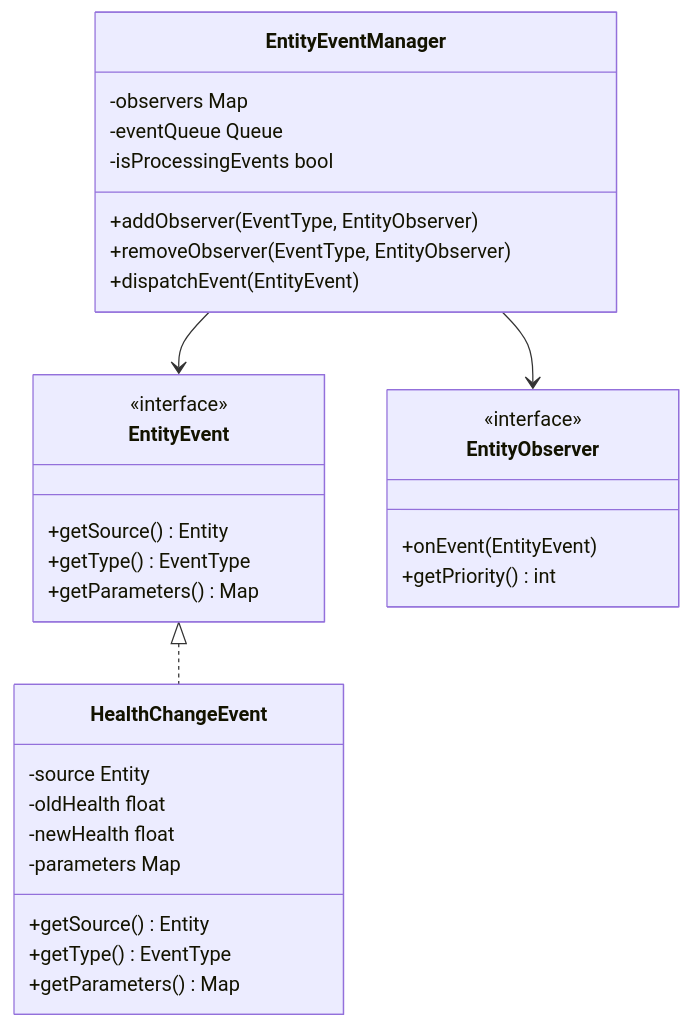
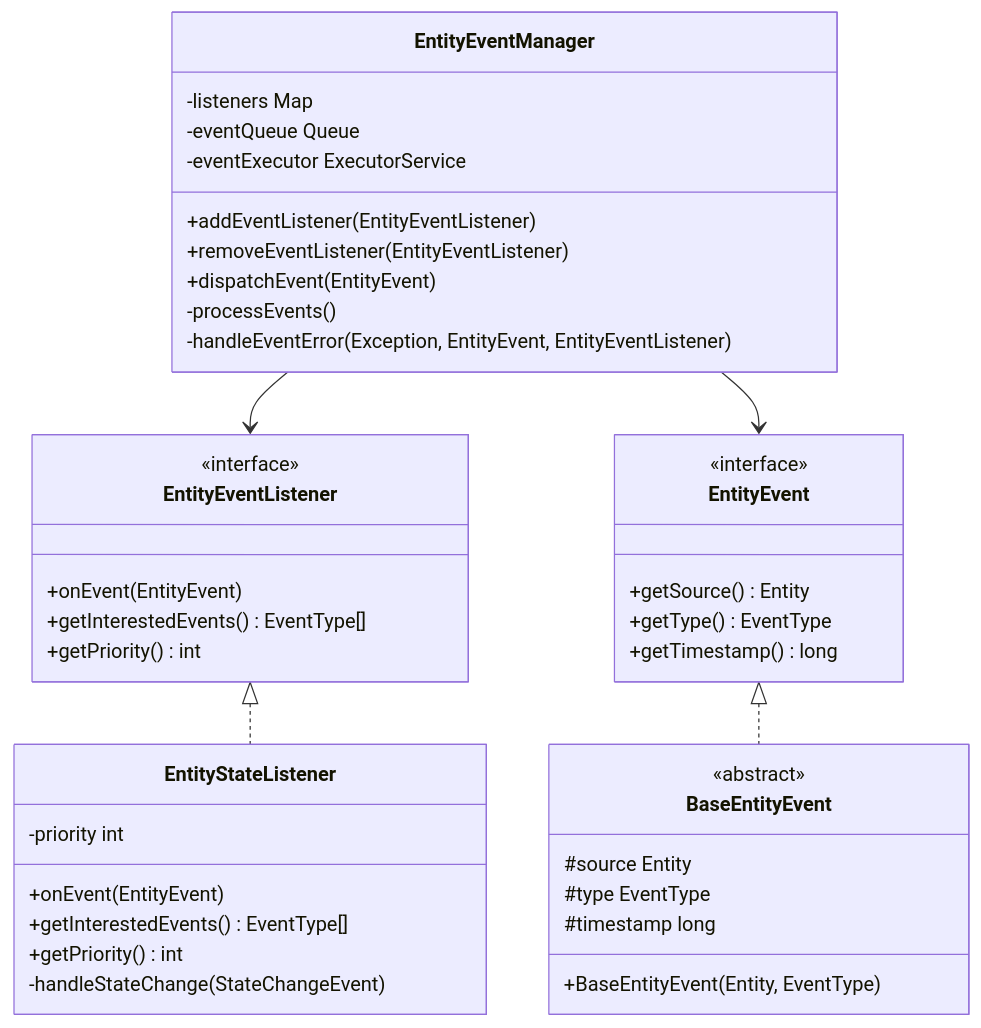
Before and after one commit to usersx/Software-Design-Patterns: the sixth of 13 diagrams in 重构模式.md, drawn with Mermaid. The commit also changed other lines of this file and 4 other files, not shown here.

````diff
--- a/重构模式.md
+++ b/重构模式.md
@@ -1062,41 +1450,51 @@
 ```mermaid
 classDiagram
-    %% 接口
+    %% 接口和事件
     class EntityEvent {
         <<interface>>
         +getSource() Entity
         +getType() EventType
-        +getParameters() Map
+        +getTimestamp() long
     }
-
-    class EntityObserver {
+    
+    class BaseEntityEvent {
+        <<abstract>>
+        #source Entity
+        #type EventType
+        #timestamp long
+        +BaseEntityEvent(Entity, EventType)
+    }
+    
+    class EntityEventListener {
         <<interface>>
         +onEvent(EntityEvent)
+        +getInterestedEvents() EventType[]
         +getPriority() int
     }
-
-    %% 实现类
-    class HealthChangeEvent {
-        -source Entity
-        -oldHealth float
-        -newHealth float
-        -parameters Map
-        +getSource() Entity
-        +getType() EventType
-        +getParameters() Map
+    
+    %% 具体实现
+    class EntityStateListener {
+        -priority int
+        +onEvent(EntityEvent)
+        +getInterestedEvents() EventType[]
+        +getPriority() int
+        -handleStateChange(StateChangeEvent)
     }
-
+    
     class EntityEventManager {
-        -observers Map
+        -listeners Map
         -eventQueue Queue
-        -isProcessingEvents bool
-        +addObserver(EventType, EntityObserver)
-        +removeObserver(EventType, EntityObserver)
+        -eventExecutor ExecutorService
+        +addEventListener(EntityEventListener)
+        +removeEventListener(EntityEventListener)
         +dispatchEvent(EntityEvent)
+        -processEvents()
+        -handleEventError(Exception, EntityEvent, EntityEventListener)
     }
-
+    
     %% 关系
-    EntityEvent <|.. HealthChangeEvent
-    EntityEventManager --> EntityObserver
+    EntityEvent <|.. BaseEntityEvent
+    EntityEventListener <|.. EntityStateListener
+    EntityEventManager --> EntityEventListener
     EntityEventManager --> EntityEvent
 ```
````
